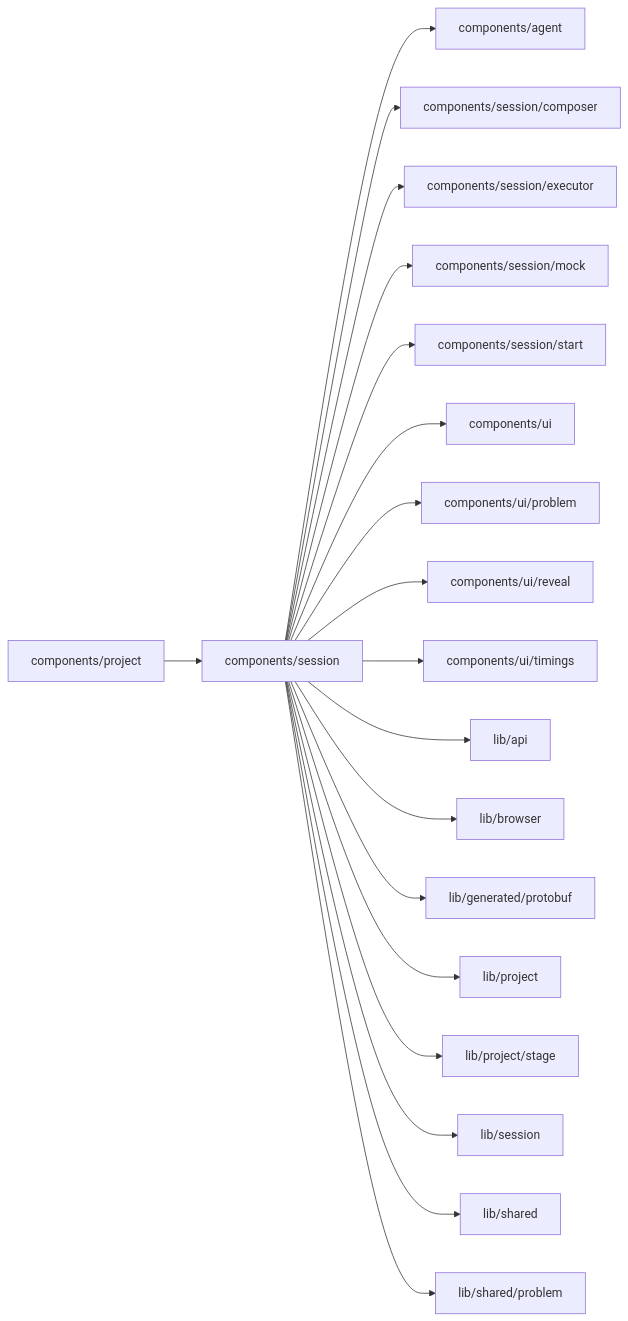
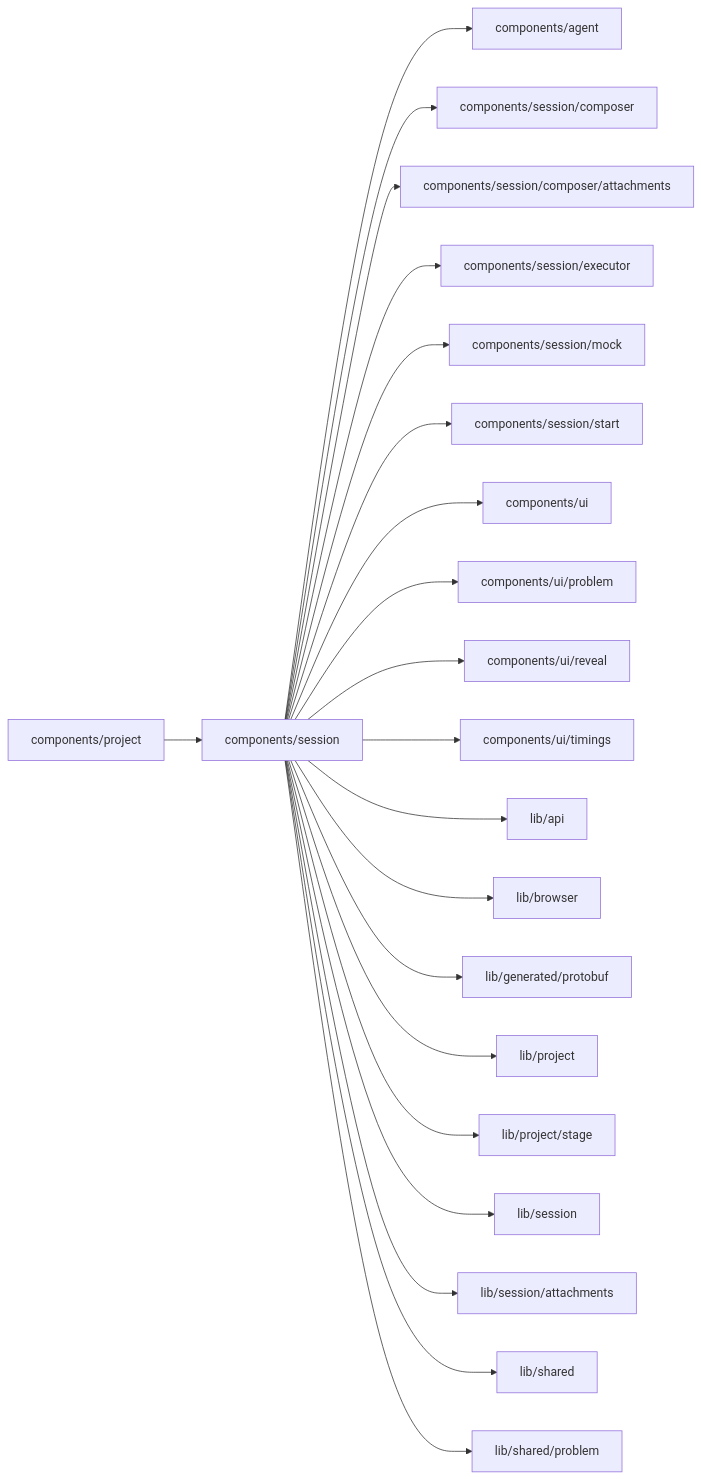
Before and after one commit to superdurable/superverse: the diagram in web/studio/components/session/README.md, drawn with Mermaid. The commit also changed other lines of this file and 259 other files, not shown here.

First line of the commit message:
ATTACH: File attachments in the chat and on the start page

````diff
--- a/web/studio/components/session/README.md
+++ b/web/studio/components/session/README.md
@@ -10,22 +10,24 @@
 ```mermaid
 flowchart LR
   self["components/session"]
   c0["components/project"] --> self
   self --> d0["components/agent"]
   self --> d1["components/session/composer"]
-  self --> d2["components/session/executor"]
-  self --> d3["components/session/mock"]
-  self --> d4["components/session/start"]
-  self --> d5["components/ui"]
-  self --> d6["components/ui/problem"]
-  self --> d7["components/ui/reveal"]
-  self --> d8["components/ui/timings"]
-  self --> d9["lib/api"]
-  self --> d10["lib/browser"]
-  self --> d11["lib/generated/protobuf"]
-  self --> d12["lib/project"]
-  self --> d13["lib/project/stage"]
-  self --> d14["lib/session"]
-  self --> d15["lib/shared"]
-  self --> d16["lib/shared/problem"]
+  self --> d2["components/session/composer/attachments"]
+  self --> d3["components/session/executor"]
+  self --> d4["components/session/mock"]
+  self --> d5["components/session/start"]
+  self --> d6["components/ui"]
+  self --> d7["components/ui/problem"]
+  self --> d8["components/ui/reveal"]
+  self --> d9["components/ui/timings"]
+  self --> d10["lib/api"]
+  self --> d11["lib/browser"]
+  self --> d12["lib/generated/protobuf"]
+  self --> d13["lib/project"]
+  self --> d14["lib/project/stage"]
+  self --> d15["lib/session"]
+  self --> d16["lib/session/attachments"]
+  self --> d17["lib/shared"]
+  self --> d18["lib/shared/problem"]
 ```
````
